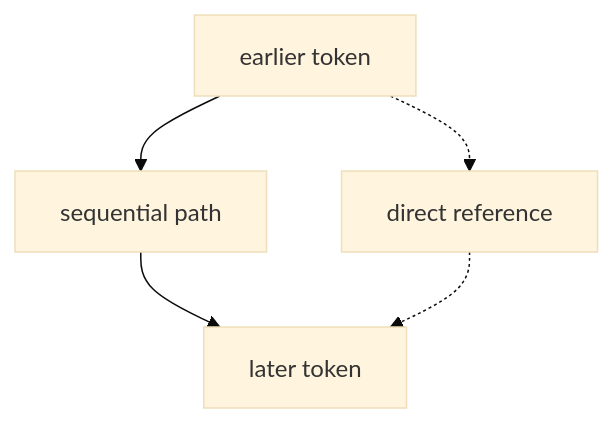
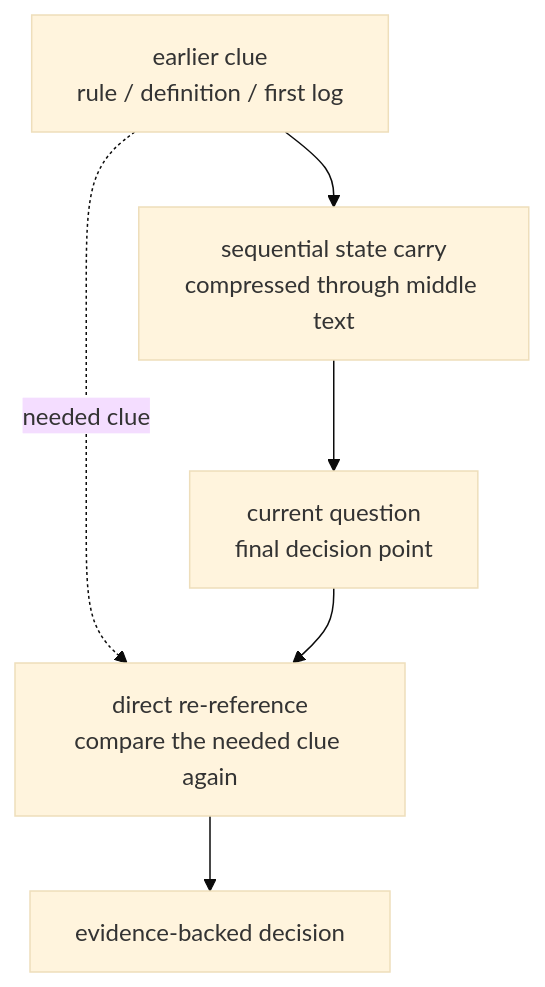
One commit to devchan64/AiBook changed the diagram in docs/assets/part-05/chapter-14/long-context-direct-reference-en.mmd. Above: the diagram before and after it, drawn with Mermaid (base theme). The commit also changed 71 other files, not shown here.

Commit message:
Revise part 5 transformer and translation flow

```diff
--- a/docs/assets/part-05/chapter-14/long-context-direct-reference-en.mmd
+++ b/docs/assets/part-05/chapter-14/long-context-direct-reference-en.mmd
@@ -1,10 +1,12 @@
 flowchart TD
-  A["earlier token"]
-  B["sequential path"]
-  C["later token"]
-  D["direct reference"]
+  A["earlier clue<br/>rule / definition / first log"]
+  B["sequential state carry<br/>compressed through middle text"]
+  C["current question<br/>final decision point"]
+  D["direct re-reference<br/>compare the needed clue again"]
+  E["evidence-backed decision"]
 
   A --> B
   B --> C
-  A -.-> D
-  D -.-> C
+  A -. "needed clue" .-> D
+  C --> D
+  D --> E
```
